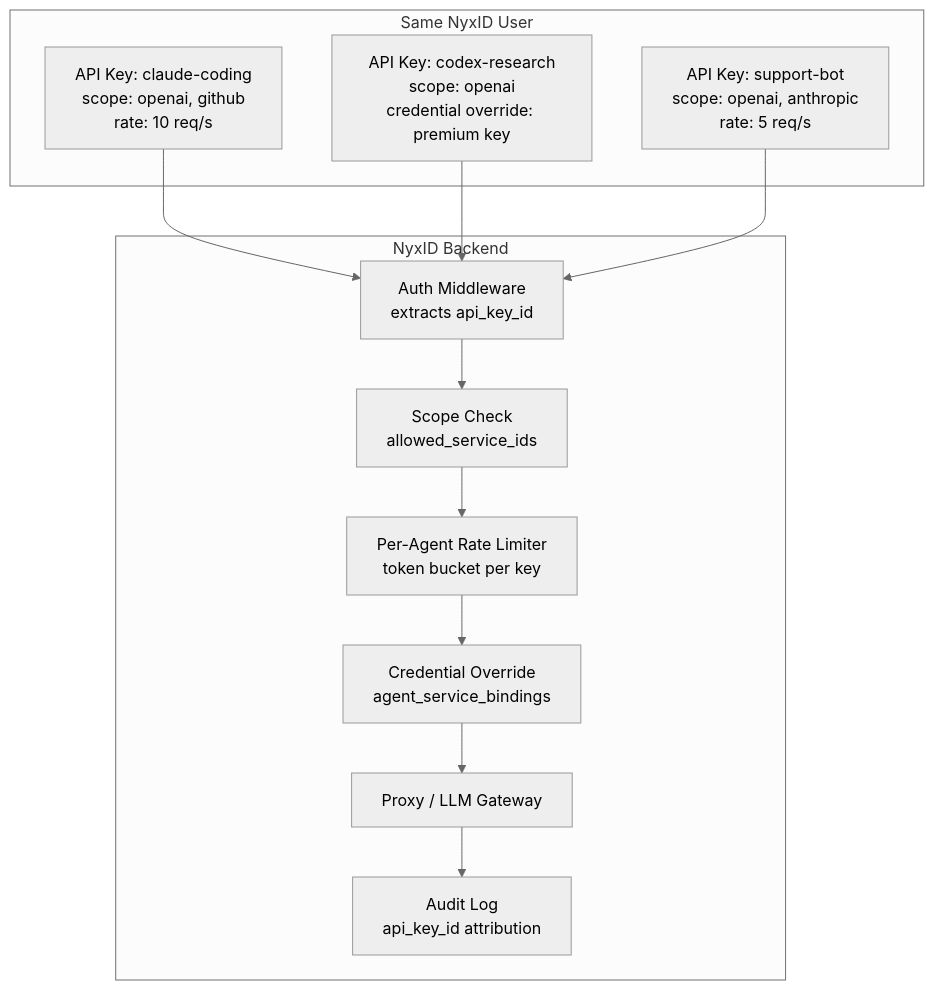
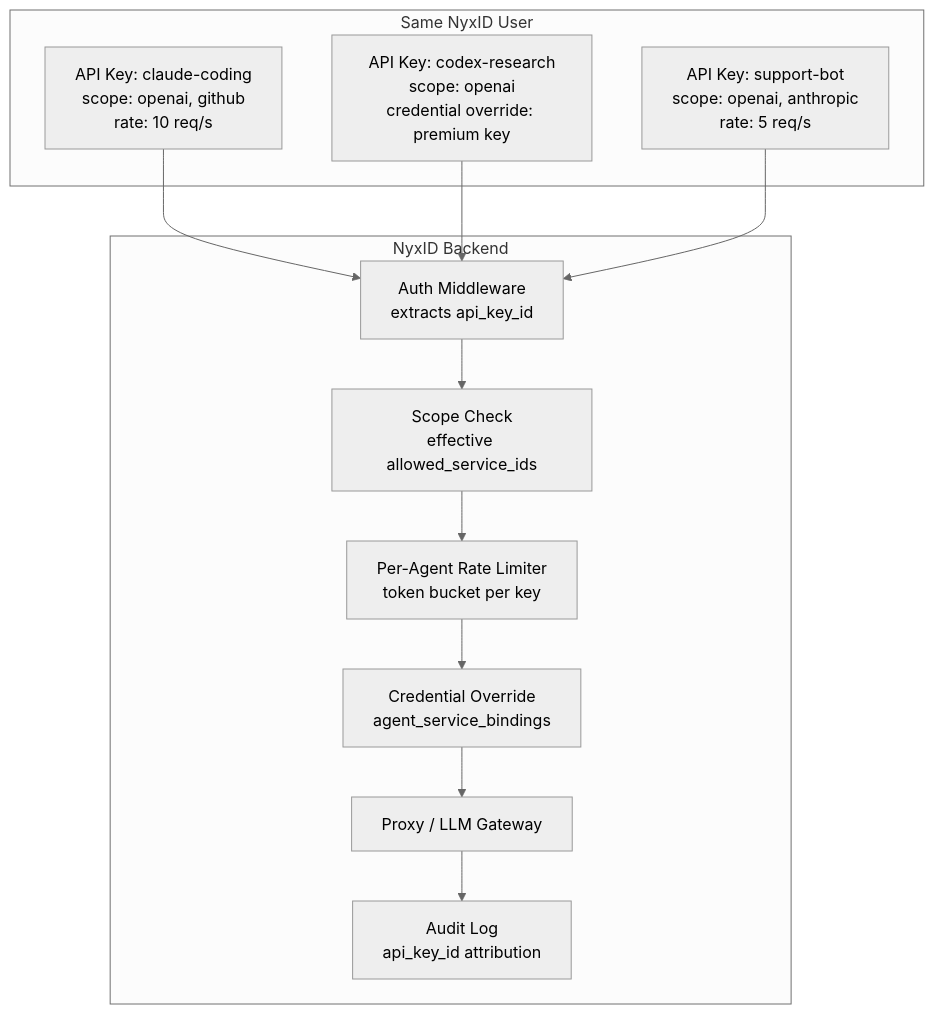
The first of 7 diagrams in docs/AGENT_ISOLATION.md (ChronoAIProject/NyxID), drawn with Mermaid (neutral theme) before and after one commit. The commit also changed other lines of this file and 104 other files, not shown here.

````diff
--- a/docs/AGENT_ISOLATION.md
+++ b/docs/AGENT_ISOLATION.md
@@ -22,22 +22,22 @@
 ```mermaid
 graph TD
     subgraph Same NyxID User
         K1[API Key: claude-coding<br/>scope: openai, github<br/>rate: 10 req/s]
         K2[API Key: codex-research<br/>scope: openai<br/>credential override: premium key]
         K3[API Key: support-bot<br/>scope: openai, anthropic<br/>rate: 5 req/s]
     end
 
     subgraph NyxID Backend
         AUTH[Auth Middleware<br/>extracts api_key_id]
-        SCOPE[Scope Check<br/>allowed_service_ids]
+        SCOPE[Scope Check<br/>effective allowed_service_ids]
         RATE[Per-Agent Rate Limiter<br/>token bucket per key]
         BIND[Credential Override<br/>agent_service_bindings]
         PROXY[Proxy / LLM Gateway]
         AUDIT[Audit Log<br/>api_key_id attribution]
     end
 
     K1 --> AUTH
     K2 --> AUTH
     K3 --> AUTH
     AUTH --> SCOPE --> RATE --> BIND --> PROXY --> AUDIT
 ```
````
